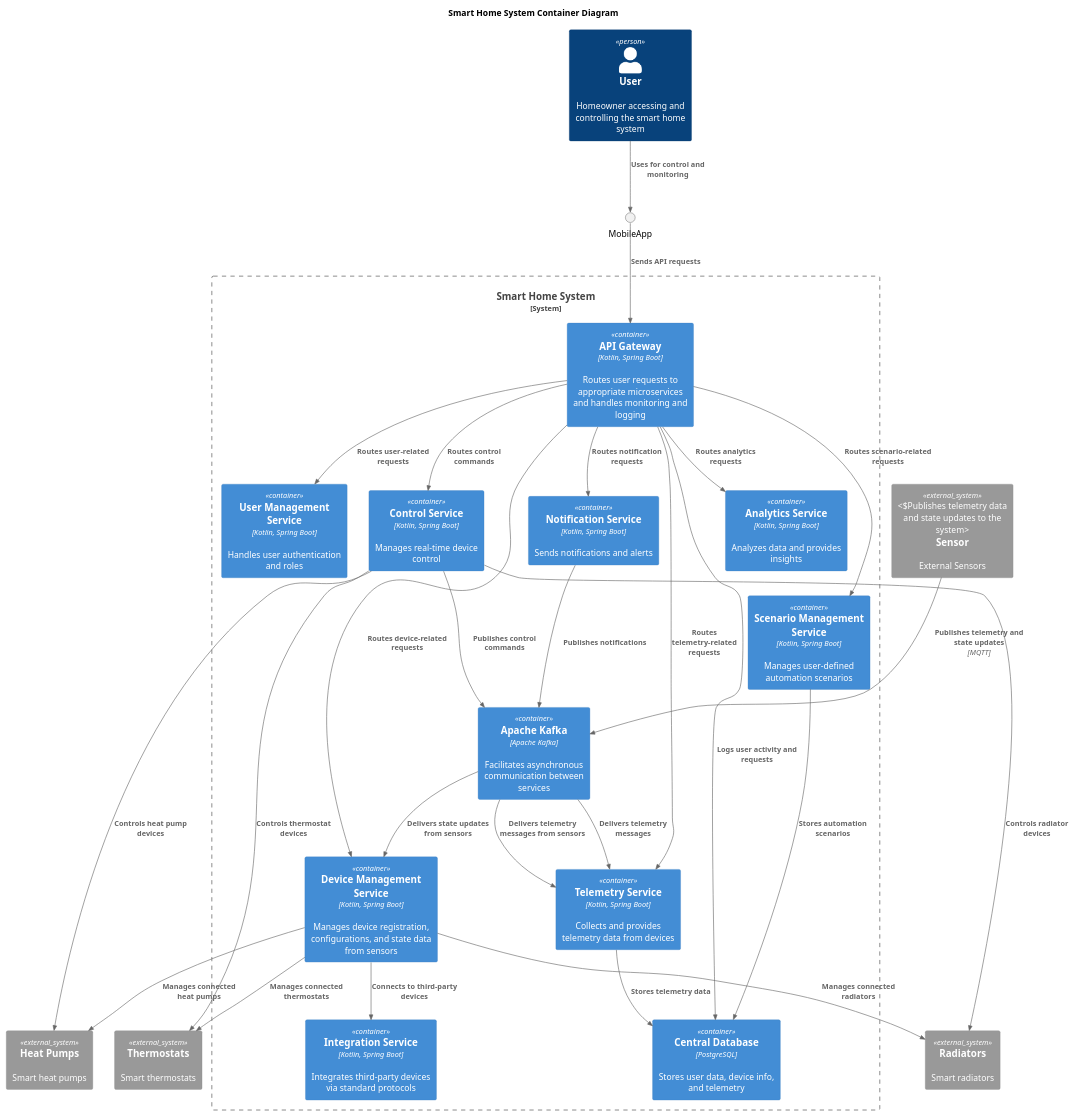
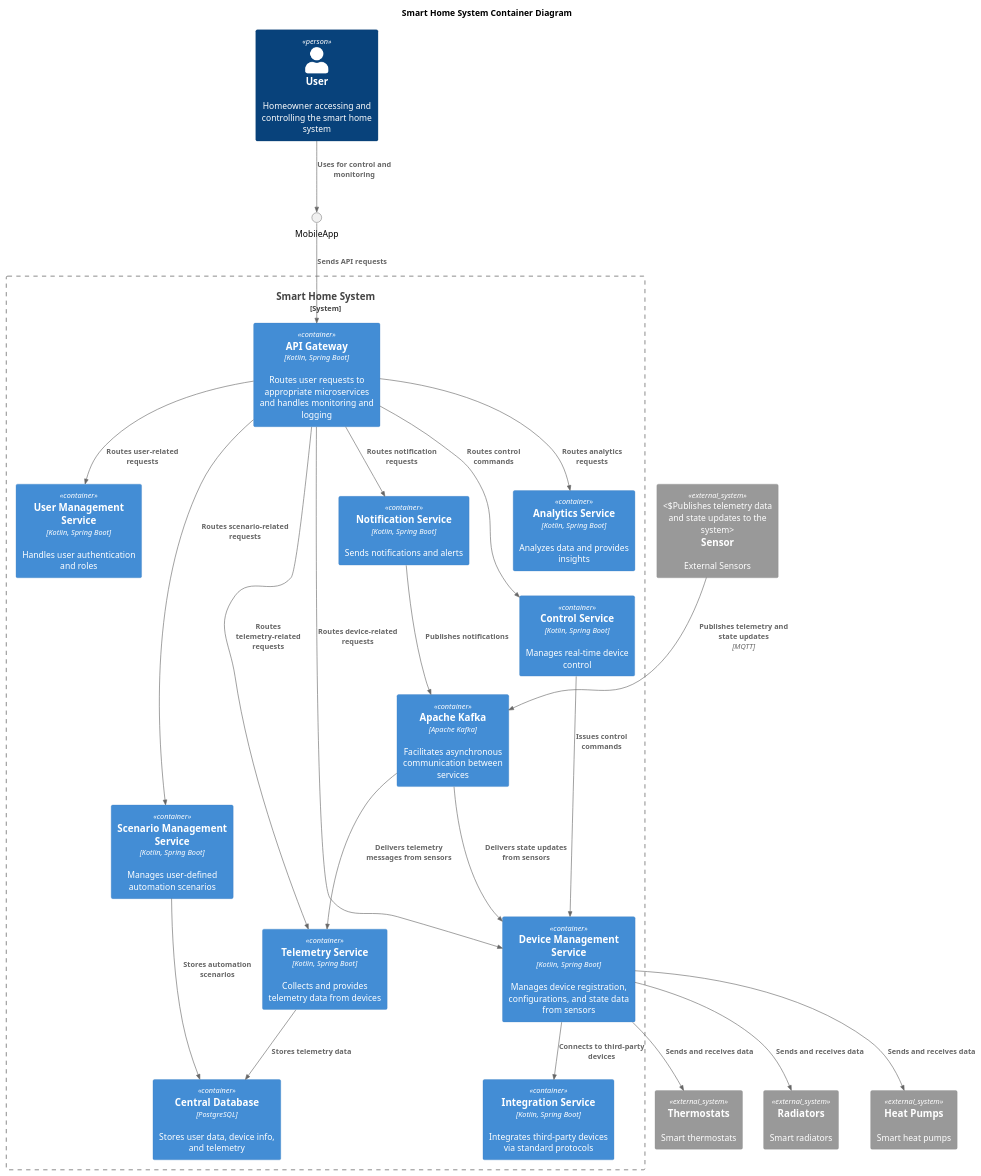
Before and after one commit to vladis62/yandex-asoftware-architect: the diagram in sprint3/homework/smart-home-monolith/diagrams/containers/SmartHomeMicroservices_Containers.puml, drawn with PlantUML. The commit also changed 1 other file, not shown here.

```diff
--- a/sprint3/homework/smart-home-monolith/diagrams/containers/SmartHomeMicroservices_Containers.puml
+++ b/sprint3/homework/smart-home-monolith/diagrams/containers/SmartHomeMicroservices_Containers.puml
@@ -1,56 +1,50 @@
 @startuml
 title Smart Home System Container Diagram
 
 top to bottom direction
 
 !includeurl https://raw.githubusercontent.com/RicardoNiepel/C4-PlantUML/master/C4_Component.puml
 
 Person(user, "User", "Homeowner accessing and controlling the smart home system")
 
 System_Boundary(SmartHomeSystem, "Smart Home System") {
   Container(UserManagement, "User Management Service", "Kotlin, Spring Boot", "Handles user authentication and roles")
   Container(DeviceManagement, "Device Management Service", "Kotlin, Spring Boot", "Manages device registration, configurations, and state data from sensors")
   Container(ScenarioManagement, "Scenario Management Service", "Kotlin, Spring Boot", "Manages user-defined automation scenarios")
   Container(TelemetryService, "Telemetry Service", "Kotlin, Spring Boot", "Collects and provides telemetry data from devices")
   Container(ControlService, "Control Service", "Kotlin, Spring Boot", "Manages real-time device control")
   Container(NotificationService, "Notification Service", "Kotlin, Spring Boot", "Sends notifications and alerts")
   Container(IntegrationService, "Integration Service", "Kotlin, Spring Boot", "Integrates third-party devices via standard protocols")
   Container(AnalyticsService, "Analytics Service", "Kotlin, Spring Boot", "Analyzes data and provides insights")
   Container(API_Gateway, "API Gateway", "Kotlin, Spring Boot", "Routes user requests to appropriate microservices and handles monitoring and logging")
   Container(Kafka, "Apache Kafka", "Apache Kafka", "Facilitates asynchronous communication between services")
   Container(Database, "Central Database", "PostgreSQL", "Stores user data, device info, and telemetry")
 }
 
 System_Ext(Sensor, "Sensor", "External Sensors", "Publishes telemetry data and state updates to the system")
 System_Ext(Thermostats, "Thermostats", "Smart thermostats")
 System_Ext(Radiators, "Radiators", "Smart radiators")
 System_Ext(HeatPumps, "Heat Pumps", "Smart heat pumps")
 
 Rel(user, MobileApp, "Uses for control and monitoring")
 Rel(MobileApp, API_Gateway, "Sends API requests")
 Rel(API_Gateway, UserManagement, "Routes user-related requests")
 Rel(API_Gateway, DeviceManagement, "Routes device-related requests")
 Rel(API_Gateway, ScenarioManagement, "Routes scenario-related requests")
 Rel(API_Gateway, TelemetryService, "Routes telemetry-related requests")
 Rel(API_Gateway, ControlService, "Routes control commands")
 Rel(API_Gateway, NotificationService, "Routes notification requests")
 Rel(API_Gateway, AnalyticsService, "Routes analytics requests")
 Rel(DeviceManagement, IntegrationService, "Connects to third-party devices")
-Rel(ControlService, Kafka, "Publishes control commands")
+Rel(ControlService, DeviceManagement, "Issues control commands")
+Rel(DeviceManagement, Thermostats, "Sends and receives data")
+Rel(DeviceManagement, Radiators, "Sends and receives data")
+Rel(DeviceManagement, HeatPumps, "Sends and receives data")
 Rel(TelemetryService, Database, "Stores telemetry data")
 Rel(ScenarioManagement, Database, "Stores automation scenarios")
 Rel(NotificationService, Kafka, "Publishes notifications")
-Rel(Kafka, TelemetryService, "Delivers telemetry messages")
-Rel(DeviceManagement, Thermostats, "Manages connected thermostats")
-Rel(DeviceManagement, Radiators, "Manages connected radiators")
-Rel(DeviceManagement, HeatPumps, "Manages connected heat pumps")
-Rel(ControlService, Thermostats, "Controls thermostat devices")
-Rel(ControlService, Radiators, "Controls radiator devices")
-Rel(ControlService, HeatPumps, "Controls heat pump devices")
-Rel(API_Gateway, Database, "Logs user activity and requests")
-
+Rel(Kafka, TelemetryService, "Delivers telemetry messages from sensors")
+Rel(Kafka, DeviceManagement, "Delivers state updates from sensors")
 Rel(Sensor, Kafka, "Publishes telemetry and state updates", "MQTT")
-Rel(Kafka, DeviceManagement, "Delivers state updates from sensors")
-Rel(Kafka, TelemetryService, "Delivers telemetry messages from sensors")
 
 @enduml
```
